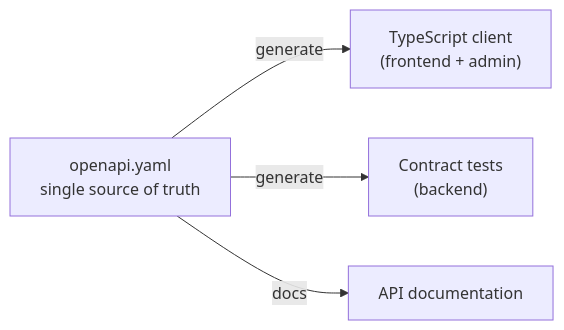
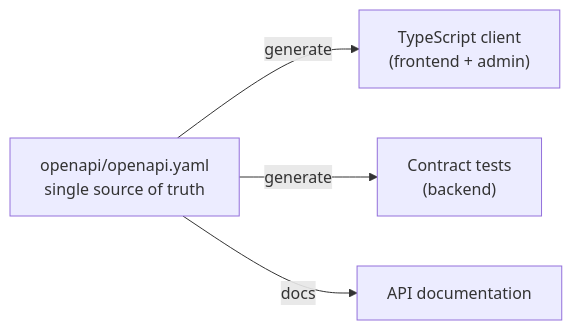
The fifth of 5 diagrams in ARCHITECTURE.md (toledobrendo/btagila-portfolio), drawn with Mermaid before and after one commit. The commit also changed other lines of this file and 3 other files, not shown here.

````diff
--- a/ARCHITECTURE.md
+++ b/ARCHITECTURE.md
@@ -202,7 +202,7 @@
 ```mermaid
 graph LR
-    SPEC["openapi.yaml<br/>single source of truth"]
+    SPEC["openapi/openapi.yaml<br/>single source of truth"]
     SPEC -->|generate| TSC["TypeScript client<br/>(frontend + admin)"]
     SPEC -->|generate| CT["Contract tests<br/>(backend)"]
     SPEC -->|docs| DOCS["API documentation"]
 ```
````
